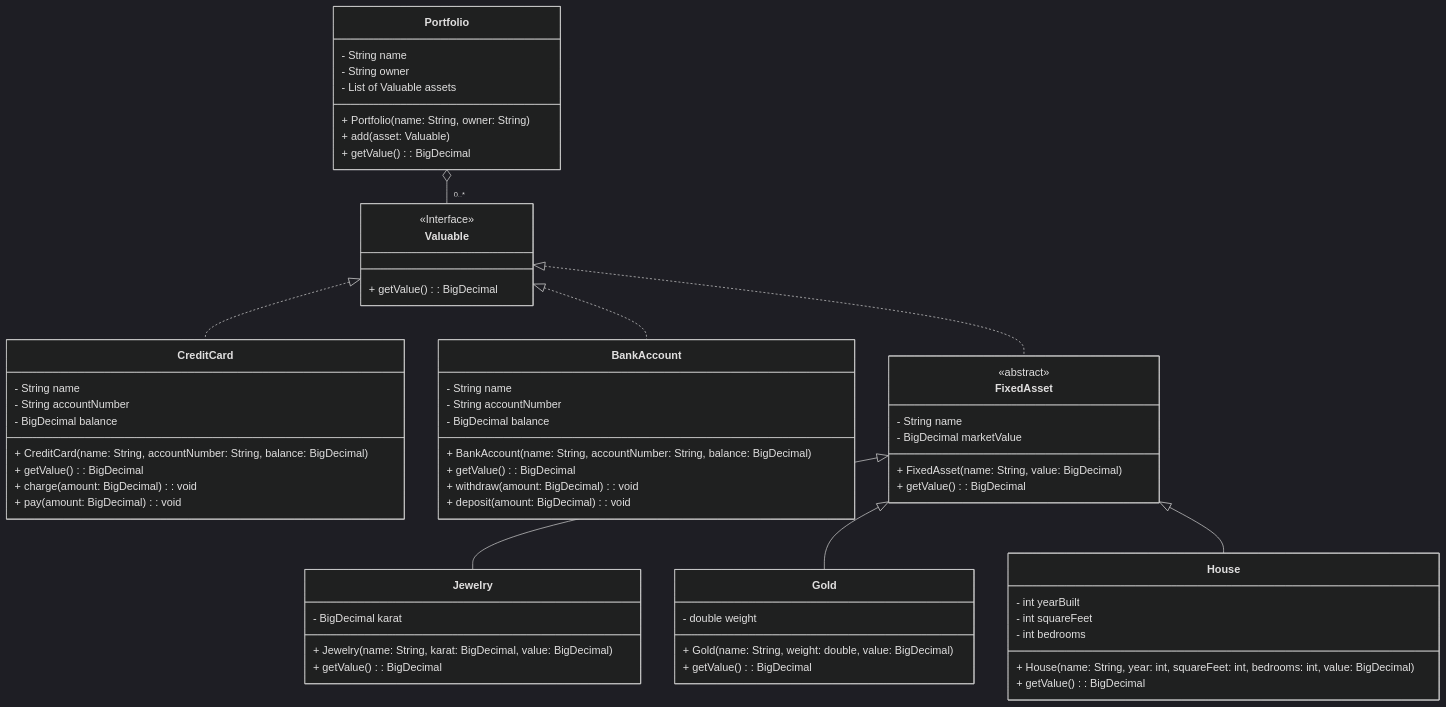
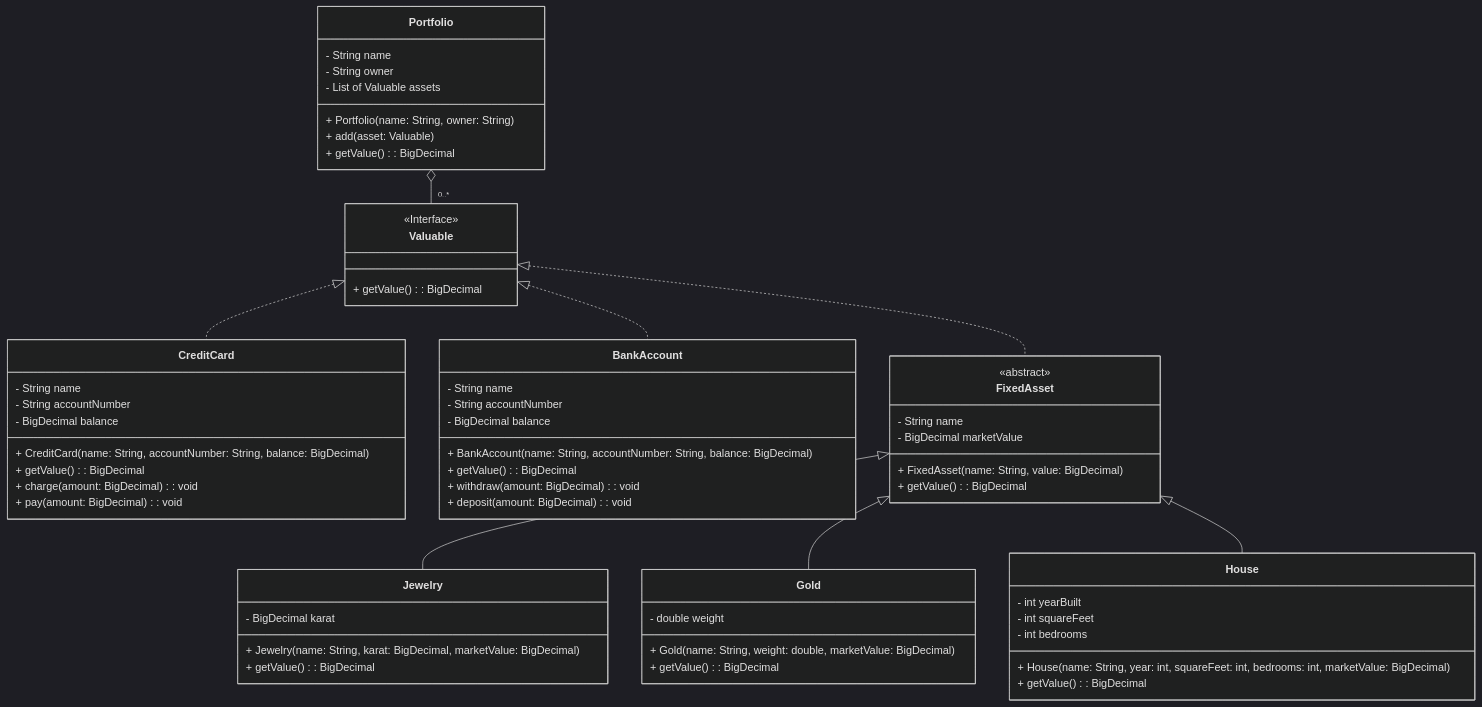
One commit to annaharbour/workbook-6 changed the diagram in diagrams/assets-diagram.md. Above: the diagram before and after it, drawn with Mermaid (dark theme).

Commit message:
parameters to fixed assets

````diff
--- a/diagrams/assets-diagram.md
+++ b/diagrams/assets-diagram.md
@@ -1,73 +1,73 @@
 ```mermaid
 classDiagram
     class Portfolio {
         - String name
         - String owner
         - List of Valuable assets
         + Portfolio(name: String, owner: String)
         + add(asset: Valuable)
         + getValue(): BigDecimal
     }
 
     class Valuable {
         <<Interface>>
         + getValue(): BigDecimal
     }
 
     class CreditCard {
         - String name
         - String accountNumber
         - BigDecimal balance
         + CreditCard(name: String, accountNumber: String, balance: BigDecimal)
         + getValue(): BigDecimal
         + charge(amount: BigDecimal): void
         + pay(amount: BigDecimal): void
     }
 
     class BankAccount {
         - String name
         - String accountNumber
         - BigDecimal balance
         + BankAccount(name: String, accountNumber: String, balance: BigDecimal)
         + getValue(): BigDecimal
         + withdraw(amount: BigDecimal): void
         + deposit(amount: BigDecimal): void
     }
 
     class FixedAsset {
         <<abstract>>
         - String name
         - BigDecimal marketValue
         + FixedAsset(name: String, value: BigDecimal)
         + getValue(): BigDecimal
     }
 
     class Jewelry {
         - BigDecimal karat
-        + Jewelry(name: String, karat: BigDecimal, value: BigDecimal)
+        + Jewelry(name: String, karat: BigDecimal, marketValue: BigDecimal)
         + getValue(): BigDecimal
     }
 
     class Gold {
         - double weight
-        + Gold(name: String, weight: double, value: BigDecimal)
+        + Gold(name: String, weight: double, marketValue: BigDecimal)
         + getValue(): BigDecimal
     }
 
     class House {
         - int yearBuilt
         - int squareFeet
         - int bedrooms
-        + House(name: String, year: int, squareFeet: int, bedrooms: int, value: BigDecimal)
+        + House(name: String, year: int, squareFeet: int, bedrooms: int, marketValue: BigDecimal)
         + getValue(): BigDecimal
     }
 
     Portfolio o-- "0..*" Valuable
     Valuable <|.. BankAccount
     Valuable <|.. FixedAsset
     Valuable <|.. CreditCard
 
     FixedAsset <|-- Jewelry
     FixedAsset <|-- Gold
     FixedAsset <|-- House
 ```
````
